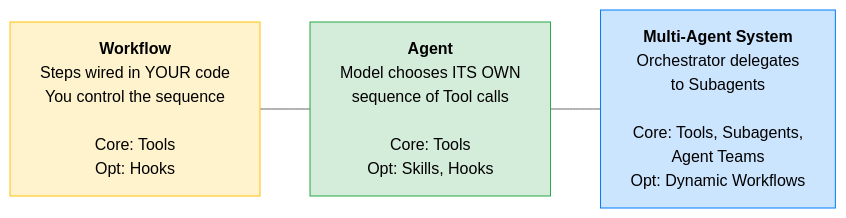
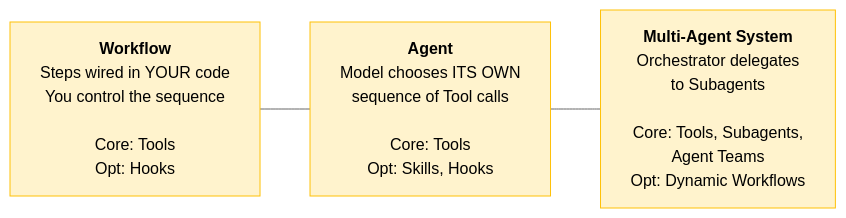
The third of 4 diagrams in Professional/01-Claude-Platform-and-Solution-Design/02-Platform-Map-and-Primitives.md (shreyabaid007/Claude-Certified-Architect), drawn with Mermaid (neutral theme) before and after one commit. The commit also changed other lines of this file and 1 other file, not shown here.

First line of the commit message:
Standardize to two-color palette across all study diagrams

````diff
--- a/Professional/01-Claude-Platform-and-Solution-Design/02-Platform-Map-and-Primitives.md
+++ b/Professional/01-Claude-Platform-and-Solution-Design/02-Platform-Map-and-Primitives.md
@@ -115,12 +112,10 @@
 ```mermaid
 flowchart LR
-    classDef yellow fill:#fff3cd,stroke:#ffc107,color:#000
-    classDef green fill:#d4edda,stroke:#28a745,color:#000
-    classDef blue fill:#cce5ff,stroke:#007bff,color:#000
+    classDef concept fill:#fff3cd,stroke:#ffc107,color:#000
 
-    W["<b>Workflow</b><br/>Steps wired in YOUR code<br/>You control the sequence<br/><br/>Core: Tools<br/>Opt: Hooks"]:::yellow
-    A["<b>Agent</b><br/>Model chooses ITS OWN<br/>sequence of Tool calls<br/><br/>Core: Tools<br/>Opt: Skills, Hooks"]:::green
-    MA["<b>Multi-Agent System</b><br/>Orchestrator delegates<br/>to Subagents<br/><br/>Core: Tools, Subagents,<br/>Agent Teams<br/>Opt: Dynamic Workflows"]:::blue
+    W["<b>Workflow</b><br/>Steps wired in YOUR code<br/>You control the sequence<br/><br/>Core: Tools<br/>Opt: Hooks"]:::concept
+    A["<b>Agent</b><br/>Model chooses ITS OWN<br/>sequence of Tool calls<br/><br/>Core: Tools<br/>Opt: Skills, Hooks"]:::concept
+    MA["<b>Multi-Agent System</b><br/>Orchestrator delegates<br/>to Subagents<br/><br/>Core: Tools, Subagents,<br/>Agent Teams<br/>Opt: Dynamic Workflows"]:::concept
 
     W --- A --- MA
 ```
````
